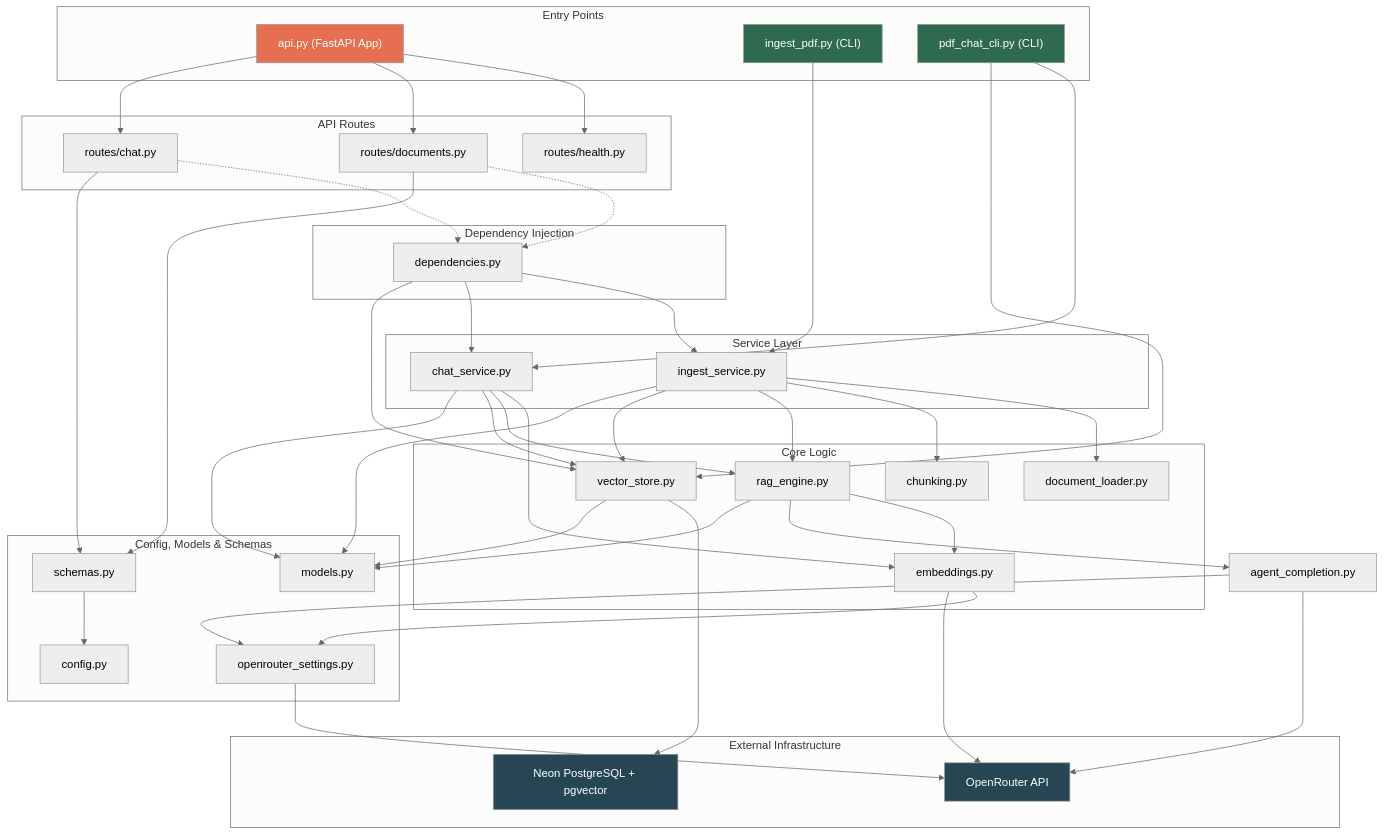
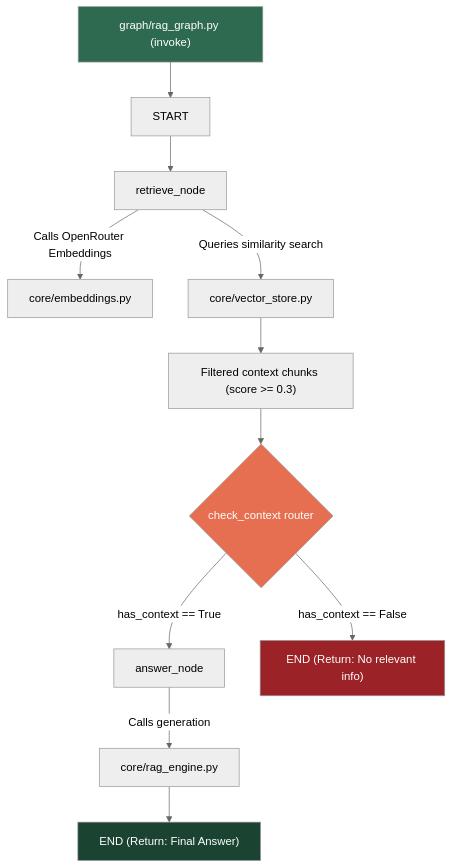
One commit to hasnatsakil/agentic-rag-service changed the third of 3 diagrams in README.md. Above: the diagram before and after it, drawn with Mermaid (neutral theme). The commit also changed other lines of this file and 38 other files, not shown here.

````diff
--- a/README.md
+++ b/README.md
@@ -189,89 +166,24 @@
 ```mermaid
 flowchart TD
-    subgraph Entry["Entry Points"]
-        API["api.py (FastAPI App)"]
-        IP["ingest_pdf.py (CLI)"]
-        PC["pdf_chat_cli.py (CLI)"]
-    end
+    A["graph/rag_graph.py (invoke)"] --> START["START"]
+    
+    START --> RET["retrieve_node"]
+    
+    RET -->|Calls OpenRouter Embeddings| EM["core/embeddings.py"]
+    RET -->|Queries similarity search| VS["core/vector_store.py"]
+    
+    VS --> RET_OUT["Filtered context chunks (score >= 0.3)"]
+    
+    RET_OUT --> COND{"check_context router"}
+    
+    COND -->|has_context == True| ANS["answer_node"]
+    COND -->|has_context == False| END1["END (Return: No relevant info)"]
+    
+    ANS -->|Calls generation| RE["core/rag_engine.py"]
+    RE --> END2["END (Return: Final Answer)"]
 
-    subgraph API_Routes["API Routes"]
-        RH["routes/health.py"]
-        RD["routes/documents.py"]
-        RC["routes/chat.py"]
-    end
-
-    subgraph Dependency["Dependency Injection"]
-        DEP["dependencies.py"]
-    end
-
-    subgraph Services["Service Layer"]
-        IS["ingest_service.py"]
-        CS["chat_service.py"]
-    end
-
-    subgraph Core["Core Logic"]
-        RE["rag_engine.py"]
-        CH["chunking.py"]
-        DL["document_loader.py"]
-        EM["embeddings.py"]
-        VS["vector_store.py"]
-    end
-
-    subgraph Config_Models["Config, Models & Schemas"]
-        CONF["config.py"]
-        SCH["schemas.py"]
-        OR["openrouter_settings.py"]
-        MD["models.py"]
-    end
-
-    subgraph External["External Infrastructure"]
-        NE["Neon PostgreSQL + pgvector"]
-        OA["OpenRouter API"]
-    end
-
-    %% Routing Flow
-    API --> RH
-    API --> RD
-    API --> RC
-
-    %% Dependency Connections
-    RD -.-> DEP
-    RC -.-> DEP
-    DEP --> IS
-    DEP --> CS
-    DEP --> VS
-
-    %% CLI Connections
-    IP --> IS
-    PC --> CS
-    PC --> VS
-
-    %% Service Connections
-    IS --> DL
-    IS --> CH
-    IS --> RE
-    IS --> VS
-    
-    CS --> EM
-    CS --> RE
-    CS --> VS
-
-    %% Core Connections
-    RE --> EM
-    RE --> AC["agent_completion.py"]
-    EM --> OR
-    AC --> OR
-    VS --> NE
-
-    %% Configuration & Schema usage
-    RD & RC --> SCH
-    SCH --> CONF
-    VS & IS & CS & RE --> MD
-    OR & AC & EM --> OA
-
-    style API fill:#e76f51,color:#fff
-    style IP fill:#2d6a4f,color:#fff
-    style PC fill:#2d6a4f,color:#fff
-    style NE fill:#264653,color:#fff
-    style OA fill:#264653,color:#fff
+    style A fill:#2d6a4f,color:#fff
+    style COND fill:#e76f51,color:#fff
+    style END1 fill:#9b2226,color:#fff
+    style END2 fill:#1b4332,color:#fff
 ```
````
